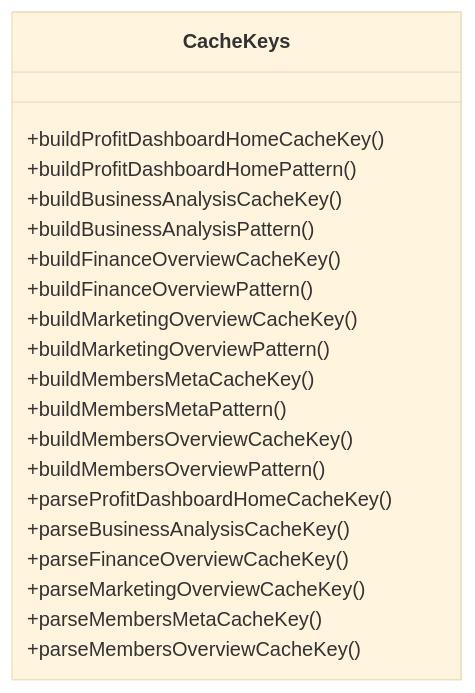
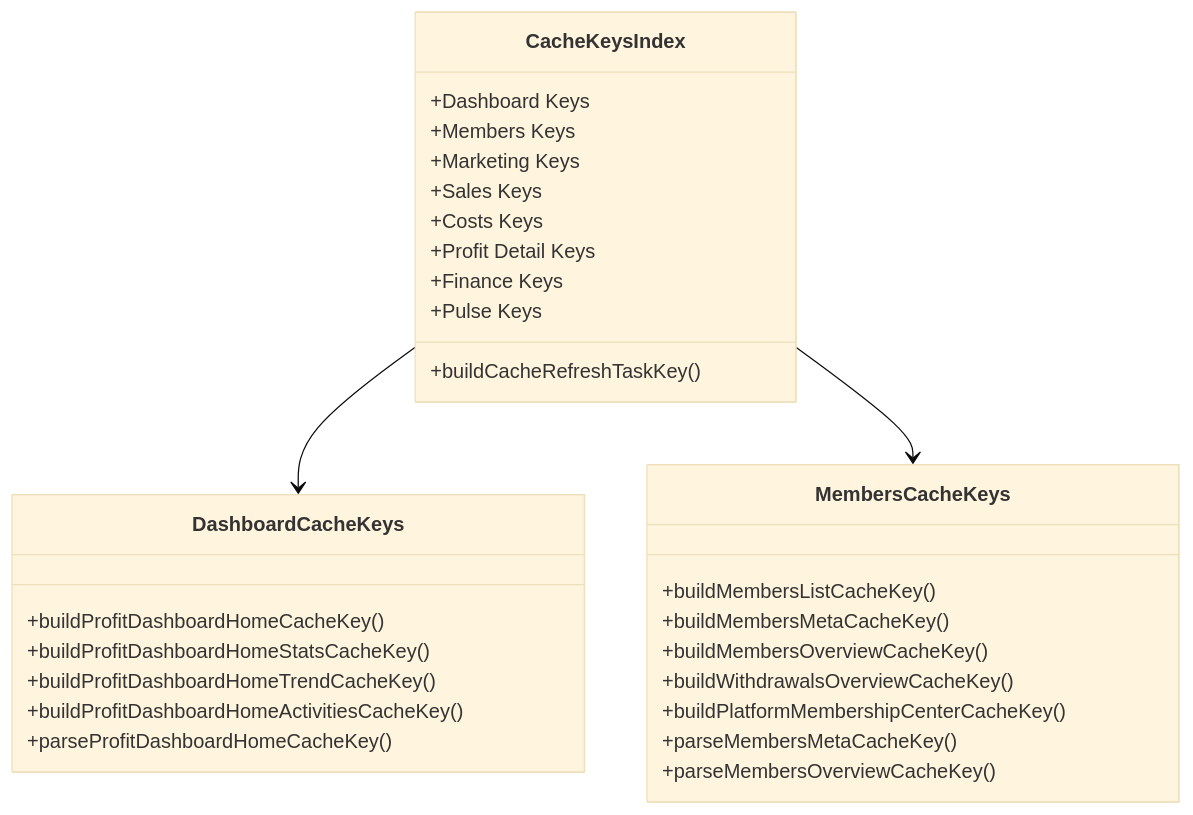
One commit to rc558620/purelyprofit-server changed the fifth of 11 diagrams in .qoder/repowiki/zh/content/缓存系统/缓存系统.md. Above: the diagram before and after it, drawn with Mermaid (base theme). The commit also changed other lines of this file and 45 other files, not shown here.

````diff
--- a/.qoder/repowiki/zh/content/缓存系统/缓存系统.md
+++ b/.qoder/repowiki/zh/content/缓存系统/缓存系统.md
@@ -320,23 +377,32 @@
 ```mermaid
 classDiagram
-class CacheKeys {
+class CacheKeysIndex {
++buildCacheRefreshTaskKey()
++Dashboard Keys
++Members Keys
++Marketing Keys
++Sales Keys
++Costs Keys
++Profit Detail Keys
++Finance Keys
++Pulse Keys
+}
+class DashboardCacheKeys {
 +buildProfitDashboardHomeCacheKey()
-+buildProfitDashboardHomePattern()
-+buildBusinessAnalysisCacheKey()
-+buildBusinessAnalysisPattern()
-+buildFinanceOverviewCacheKey()
-+buildFinanceOverviewPattern()
-+buildMarketingOverviewCacheKey()
-+buildMarketingOverviewPattern()
++buildProfitDashboardHomeStatsCacheKey()
++buildProfitDashboardHomeTrendCacheKey()
++buildProfitDashboardHomeActivitiesCacheKey()
++parseProfitDashboardHomeCacheKey()
+}
+class MembersCacheKeys {
++buildMembersListCacheKey()
 +buildMembersMetaCacheKey()
-+buildMembersMetaPattern()
 +buildMembersOverviewCacheKey()
-+buildMembersOverviewPattern()
-+parseProfitDashboardHomeCacheKey()
-+parseBusinessAnalysisCacheKey()
-+parseFinanceOverviewCacheKey()
-+parseMarketingOverviewCacheKey()
++buildWithdrawalsOverviewCacheKey()
++buildPlatformMembershipCenterCacheKey()
 +parseMembersMetaCacheKey()
 +parseMembersOverviewCacheKey()
 }
+CacheKeysIndex --> DashboardCacheKeys
+CacheKeysIndex --> MembersCacheKeys
 ```
````
